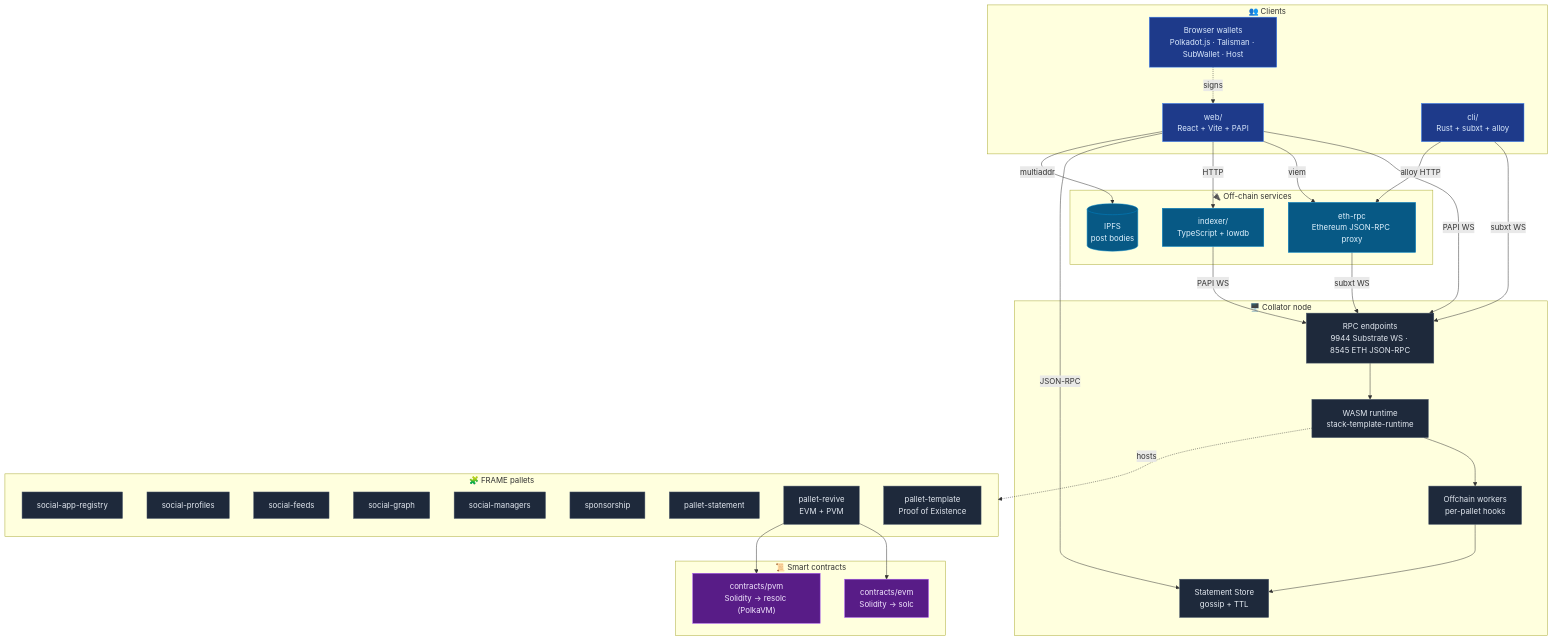
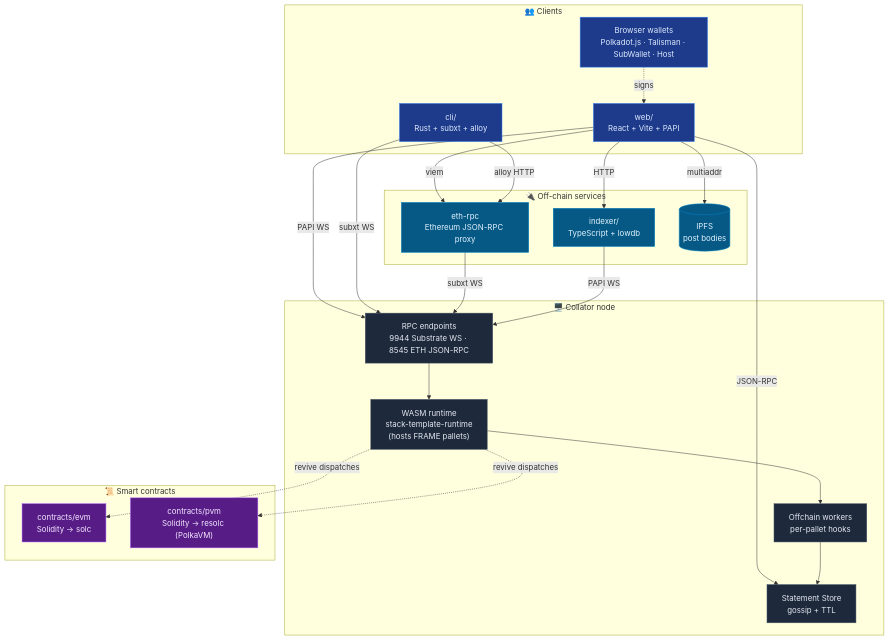
Before and after one commit to germankuber/socialfi-protocol: the first of 5 diagrams in docs/ARCHITECTURE_OVERVIEW.md, drawn with Mermaid. The commit also changed other lines of this file, not shown here.

First line of the commit message:
docs: split pallet map into a dedicated zoom-in diagram

````diff
--- a/docs/ARCHITECTURE_OVERVIEW.md
+++ b/docs/ARCHITECTURE_OVERVIEW.md
@@ -30,67 +33,54 @@
 ```mermaid
 graph TB
     subgraph Clients["👥 Clients"]
         Web["web/<br/>React + Vite + PAPI"]
         CLI["cli/<br/>Rust + subxt + alloy"]
         Wallets["Browser wallets<br/>Polkadot.js · Talisman · SubWallet · Host"]
     end
 
     subgraph Services["🔌 Off-chain services"]
         Indexer["indexer/<br/>TypeScript + lowdb"]
         EthRpc["eth-rpc<br/>Ethereum JSON-RPC proxy"]
         IPFS[("IPFS<br/>post bodies")]
     end
 
     subgraph Node["🖥️ Collator node"]
         RPC["RPC endpoints<br/>9944 Substrate WS · 8545 ETH JSON-RPC"]
-        Runtime["WASM runtime<br/>stack-template-runtime"]
+        Runtime["WASM runtime<br/>stack-template-runtime<br/>(hosts FRAME pallets)"]
         OCW["Offchain workers<br/>per-pallet hooks"]
         SS["Statement Store<br/>gossip + TTL"]
-    end
-
-    subgraph Pallets["🧩 FRAME pallets"]
-        Registry[social-app-registry]
-        Profiles[social-profiles]
-        Feeds[social-feeds]
-        Graph[social-graph]
-        Managers[social-managers]
-        Sponsor[sponsorship]
-        Statement[pallet-statement]
-        Revive[pallet-revive<br/>EVM + PVM]
-        Template[pallet-template<br/>Proof of Existence]
     end
 
     subgraph Contracts["📜 Smart contracts"]
         EVM["contracts/evm<br/>Solidity → solc"]
         PVM["contracts/pvm<br/>Solidity → resolc (PolkaVM)"]
     end
 
     Web -->|PAPI WS| RPC
     Web -->|viem| EthRpc
     Wallets -.signs.-> Web
     Web -->|HTTP| Indexer
     Web -->|JSON-RPC| SS
     Web -->|multiaddr| IPFS
 
     CLI -->|subxt WS| RPC
     CLI -->|alloy HTTP| EthRpc
 
     EthRpc -->|subxt WS| RPC
     Indexer -->|PAPI WS| RPC
 
     RPC --> Runtime
-    Runtime -.hosts.-> Pallets
     Runtime --> OCW
     OCW --> SS
-    Revive --> EVM
-    Revive --> PVM
+    Runtime -.revive dispatches.-> EVM
+    Runtime -.revive dispatches.-> PVM
 
     classDef chain fill:#1e293b,color:#e2e8f0,stroke:#475569
     classDef offchain fill:#075985,color:#e0f2fe,stroke:#0284c7
     classDef client fill:#1e3a8a,color:#dbeafe,stroke:#3b82f6
     classDef contract fill:#581c87,color:#f3e8ff,stroke:#a855f7
-    class RPC,Runtime,OCW,SS,Registry,Profiles,Feeds,Graph,Managers,Sponsor,Statement,Revive,Template chain
+    class RPC,Runtime,OCW,SS chain
     class Indexer,EthRpc,IPFS offchain
     class Web,CLI,Wallets client
     class EVM,PVM contract
 ```
````
